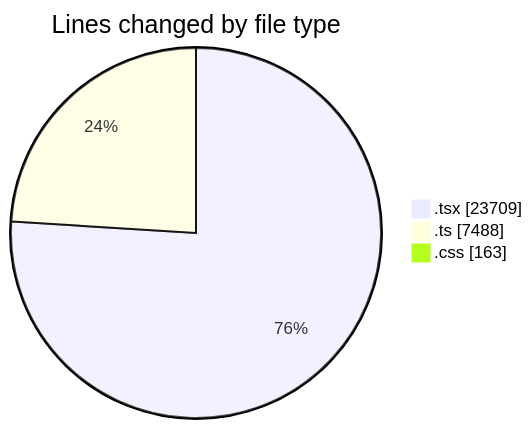
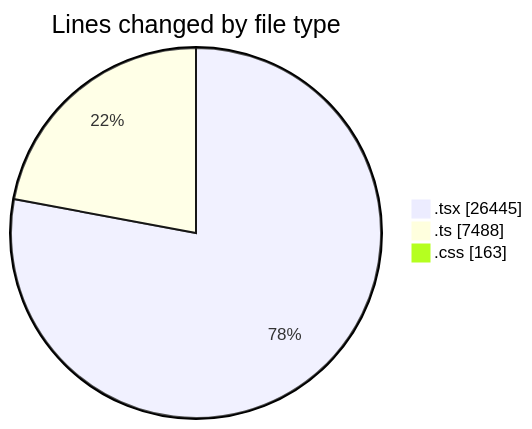
Before and after one commit to nxtqubesakshisongat/code-tracking: the first of 2 diagrams in 2026-08-23/nxtqube_webapp/README.md, drawn with Mermaid. The commit also changed other lines of this file and 1 other file, not shown here.

````diff
--- a/2026-08-23/nxtqube_webapp/README.md
+++ b/2026-08-23/nxtqube_webapp/README.md
@@ -76,7 +81,7 @@
 ```mermaid
 pie showData
 title Lines changed by file type
-".tsx" : 23709
+".tsx" : 26445
 ".ts" : 7488
 ".css" : 163
 ```
````
